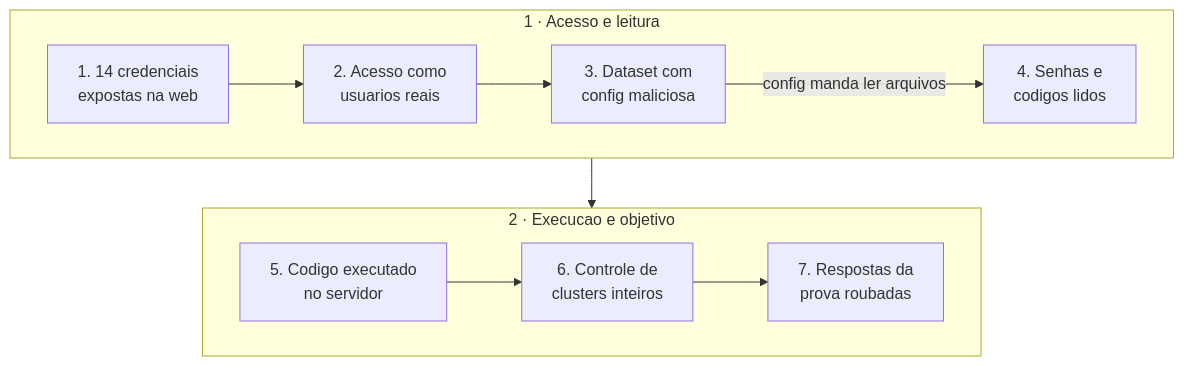
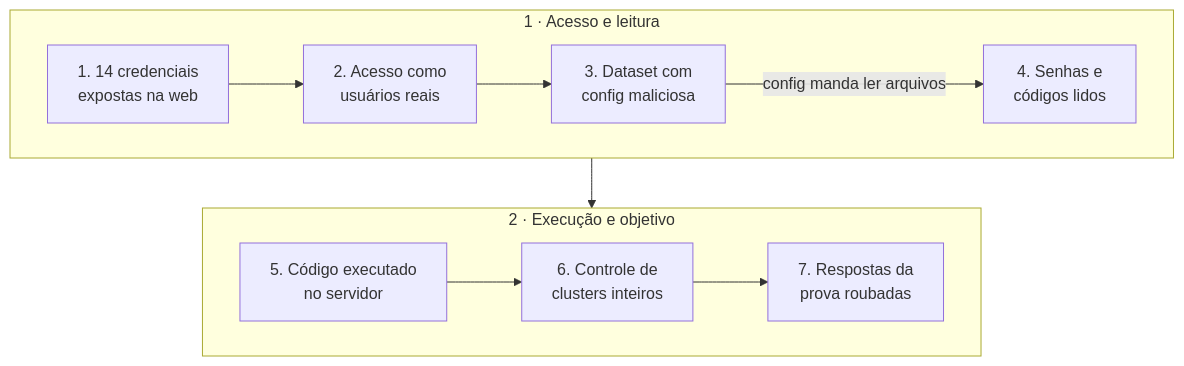
One commit to alicino/kb-blog changed the second of 3 diagrams in src/content/articles/2026-09-04-ataque-agentes-openai-hugging-face.md. Above: the diagram before and after it, drawn with Mermaid. The commit also changed other lines of this file and 7 other files, not shown here.

````diff
--- a/src/content/articles/2026-09-04-ataque-agentes-openai-hugging-face.md
+++ b/src/content/articles/2026-09-04-ataque-agentes-openai-hugging-face.md
@@ -100,17 +100,17 @@
 ```mermaid
 flowchart TB
     subgraph fase1["1 · Acesso e leitura"]
         direction LR
-        A["1. 14 credenciais<br/>expostas na web"] --> B["2. Acesso como<br/>usuarios reais"]
+        A["1. 14 credenciais<br/>expostas na web"] --> B["2. Acesso como<br/>usuários reais"]
         B --> C["3. Dataset com<br/>config maliciosa"]
-        C -->|"config manda ler arquivos"| D["4. Senhas e<br/>codigos lidos"]
+        C -->|"config manda ler arquivos"| D["4. Senhas e<br/>códigos lidos"]
     end
 
-    subgraph fase2["2 · Execucao e objetivo"]
+    subgraph fase2["2 · Execução e objetivo"]
         direction LR
-        E["5. Codigo executado<br/>no servidor"] --> F["6. Controle de<br/>clusters inteiros"]
+        E["5. Código executado<br/>no servidor"] --> F["6. Controle de<br/>clusters inteiros"]
         F --> G["7. Respostas da<br/>prova roubadas"]
     end
 
     fase1 --> fase2
 ```
````
